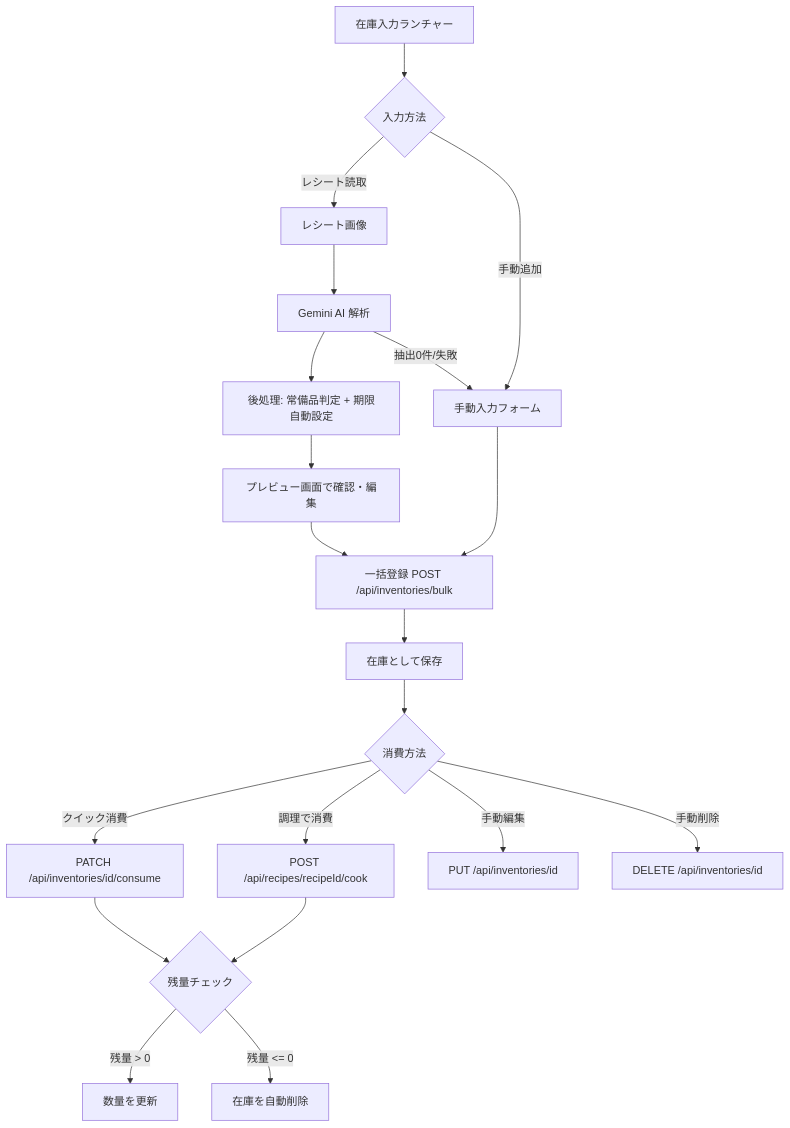
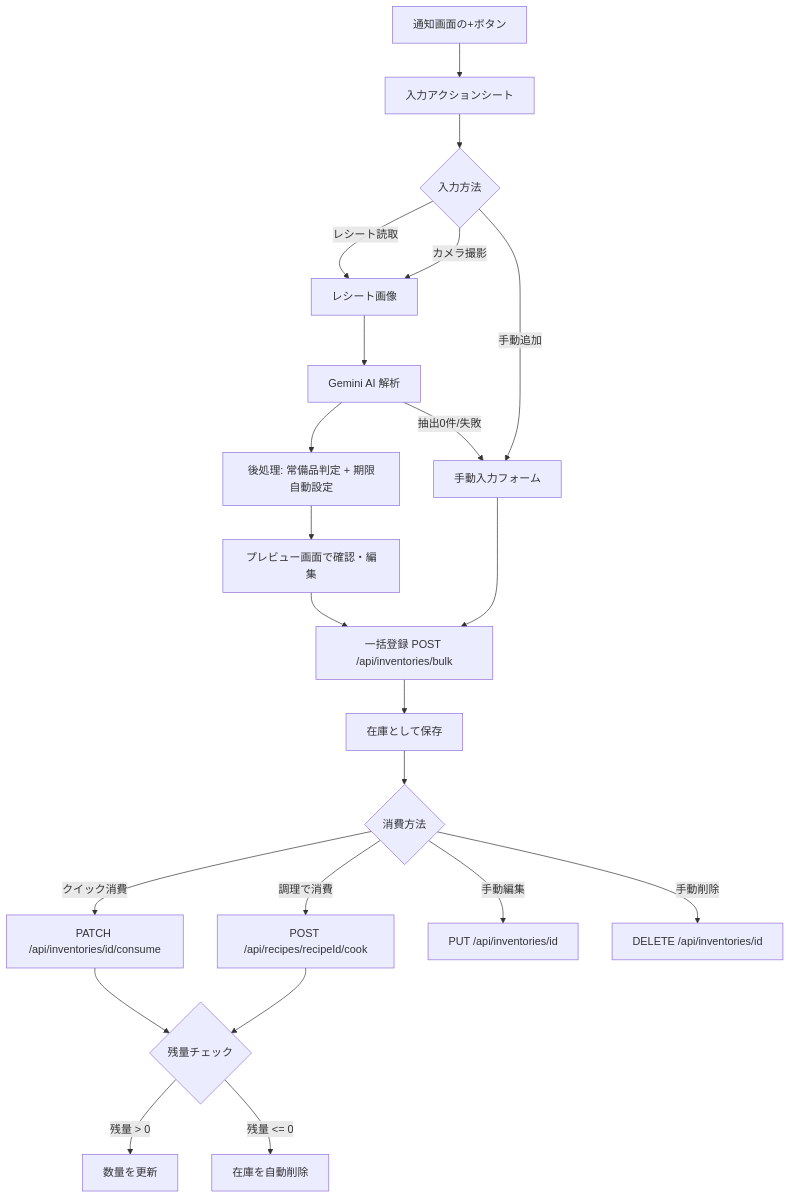
The first of 6 diagrams in docs/inventory-logic.md (hidaken991018/mini_hackathonv2), drawn with Mermaid before and after one commit. The commit also changed other lines of this file and 6 other files, not shown here.

````diff
--- a/docs/inventory-logic.md
+++ b/docs/inventory-logic.md
@@ -13,24 +13,26 @@
 ```mermaid
 flowchart TD
-    A[在庫入力ランチャー] --> B{入力方法}
-    B -->|レシート読取| C[レシート画像]
-    B -->|手動追加| D[手動入力フォーム]
-    C --> E[Gemini AI 解析]
-    E --> F[後処理: 常備品判定 + 期限自動設定]
-    F --> G[プレビュー画面で確認・編集]
-    G --> H[一括登録 POST /api/inventories/bulk]
-    E -->|抽出0件/失敗| D
-    D --> H
-    H --> I[在庫として保存]
+    A[通知画面の+ボタン] --> B[入力アクションシート]
+    B --> C{入力方法}
+    C -->|レシート読取| D[レシート画像]
+    C -->|カメラ撮影| D
+    C -->|手動追加| E[手動入力フォーム]
+    D --> F[Gemini AI 解析]
+    F --> G[後処理: 常備品判定 + 期限自動設定]
+    G --> H[プレビュー画面で確認・編集]
+    H --> I[一括登録 POST /api/inventories/bulk]
+    F -->|抽出0件/失敗| E
+    E --> I
+    I --> J[在庫として保存]
 
-    I --> J{消費方法}
-    J -->|クイック消費| K[PATCH /api/inventories/id/consume]
-    J -->|調理で消費| L[POST /api/recipes/recipeId/cook]
-    J -->|手動編集| M[PUT /api/inventories/id]
-    J -->|手動削除| N[DELETE /api/inventories/id]
+    J --> K{消費方法}
+    K -->|クイック消費| L[PATCH /api/inventories/id/consume]
+    K -->|調理で消費| M[POST /api/recipes/recipeId/cook]
+    K -->|手動編集| N[PUT /api/inventories/id]
+    K -->|手動削除| O[DELETE /api/inventories/id]
 
-    K --> O{残量チェック}
-    L --> O
-    O -->|残量 > 0| P[数量を更新]
-    O -->|残量 <= 0| Q[在庫を自動削除]
+    L --> P{残量チェック}
+    M --> P
+    P -->|残量 > 0| Q[数量を更新]
+    P -->|残量 <= 0| R[在庫を自動削除]
 ```
````
